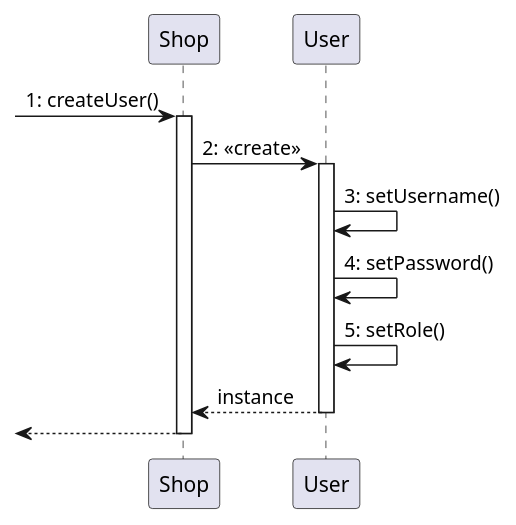
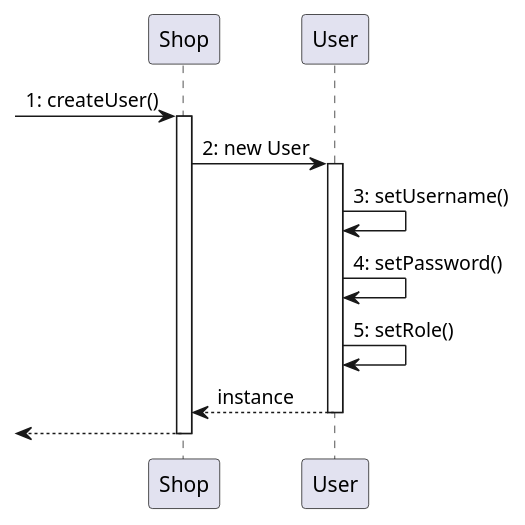
The fourth of 13 diagrams in Deliverables/DesignDocument.md (MatteoBattilana/EzShop), drawn with PlantUML before and after one commit. The commit also changed other lines of this file, not shown here.

Commit message:
docs: changed <<create>> to new

````diff
--- a/Deliverables/DesignDocument.md
+++ b/Deliverables/DesignDocument.md
@@ -333,17 +333,17 @@
 ```plantuml
 @startuml
 ->Shop: 1: createUser()
 activate Shop
-Shop -> User: 2: <<create>>
+Shop -> User: 2: new User
 
 activate User
 
 User ->User:   3: setUsername()
 
 User ->User:   4: setPassword()
 
 User ->User:   5: setRole()
 return instance
 return
 @enduml
 ```
````
